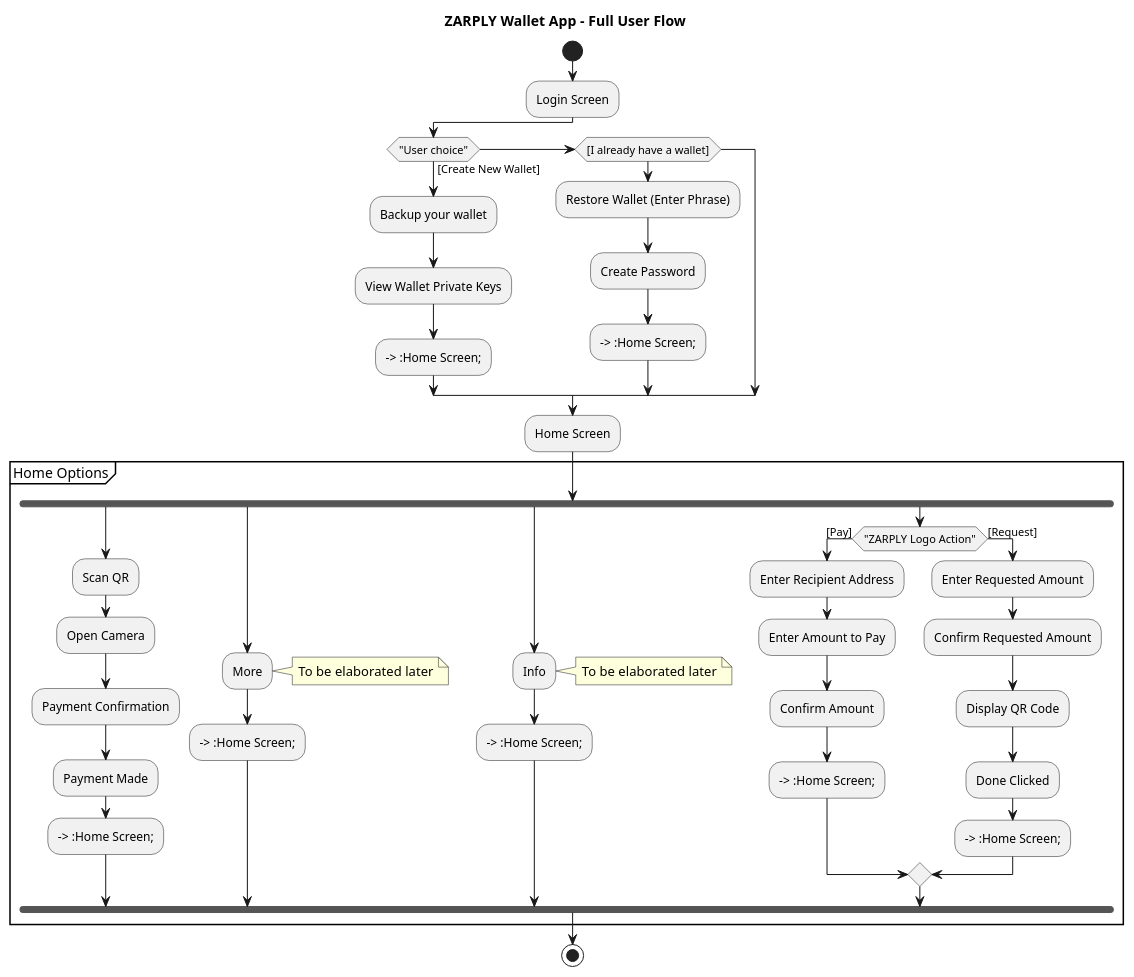
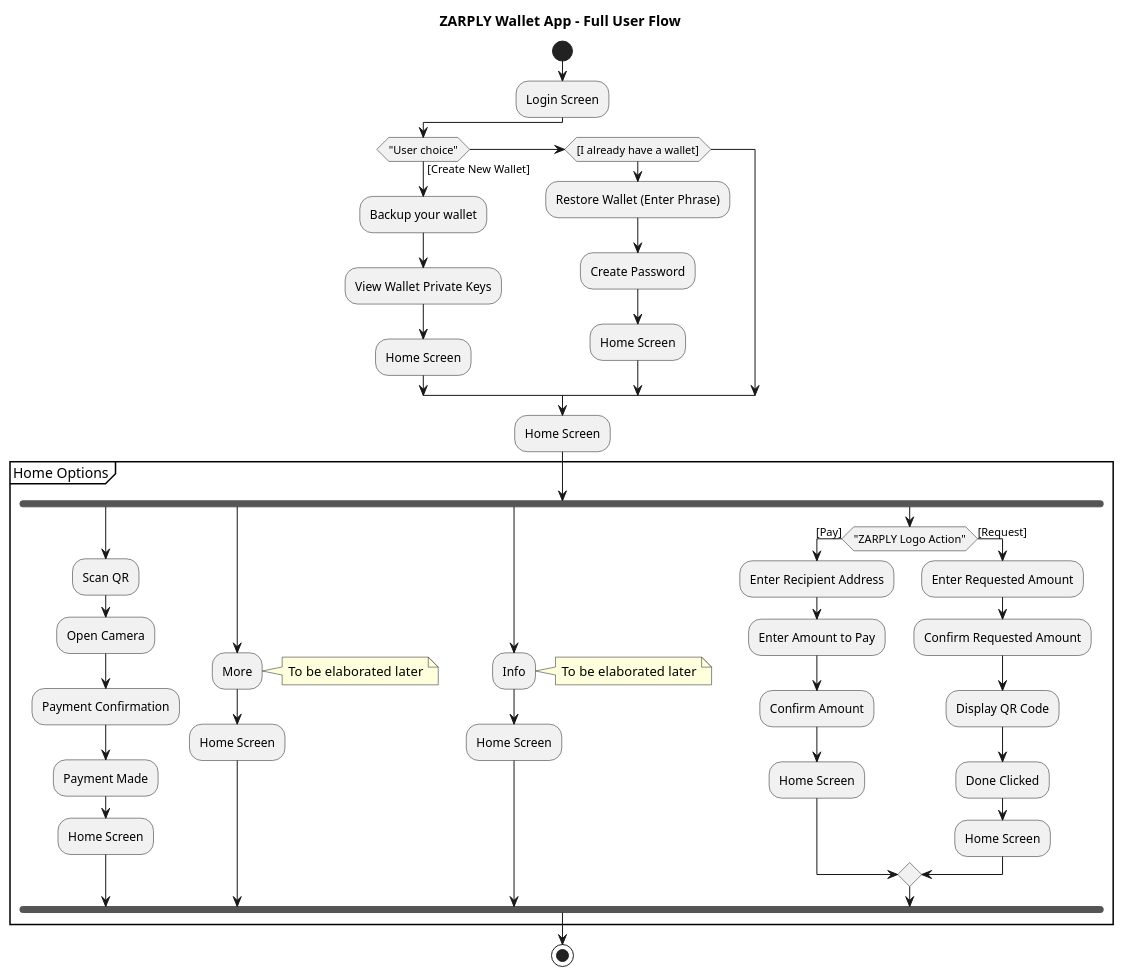
One commit to ZARPLY/zarply-ce changed the diagram in docs/user_journey.puml. Above: the diagram before and after it, drawn with PlantUML. The commit also changed other lines of this file, not shown here.

Commit message:
WIP:docs-add-flow-diagram-to-docs

```diff
--- a/docs/user_journey.puml
+++ b/docs/user_journey.puml
@@ -1,56 +4,56 @@
 @startuml
 title ZARPLY Wallet App - Full User Flow
 
 start
 
 :Login Screen;
 
 if ("User choice") then ([Create New Wallet])
   :Backup your wallet;
   :View Wallet Private Keys;
-  --> :Home Screen;
+  :Home Screen;
 elseif ([I already have a wallet])
   :Restore Wallet (Enter Phrase);
   :Create Password;
-  --> :Home Screen;
+  :Home Screen;
 endif
 
 :Home Screen;
 
 partition "Home Options" {
   fork
     :Scan QR;
     :Open Camera;
     :Payment Confirmation;
     :Payment Made;
-    --> :Home Screen;
+    :Home Screen;
   fork again
     :More;
     note right
       To be elaborated later
     end note
-    --> :Home Screen;
+    :Home Screen;
   fork again
     :Info;
     note right
       To be elaborated later
     end note
-    --> :Home Screen;
+    :Home Screen;
   fork again
     if ("ZARPLY Logo Action") then ([Pay])
       :Enter Recipient Address;
       :Enter Amount to Pay;
       :Confirm Amount;
-      --> :Home Screen;
+      :Home Screen;
     else ([Request])
       :Enter Requested Amount;
       :Confirm Requested Amount;
       :Display QR Code;
       :Done Clicked;
-      --> :Home Screen;
+      :Home Screen;
     endif
   end fork
 }
 
 stop
 @enduml
```
